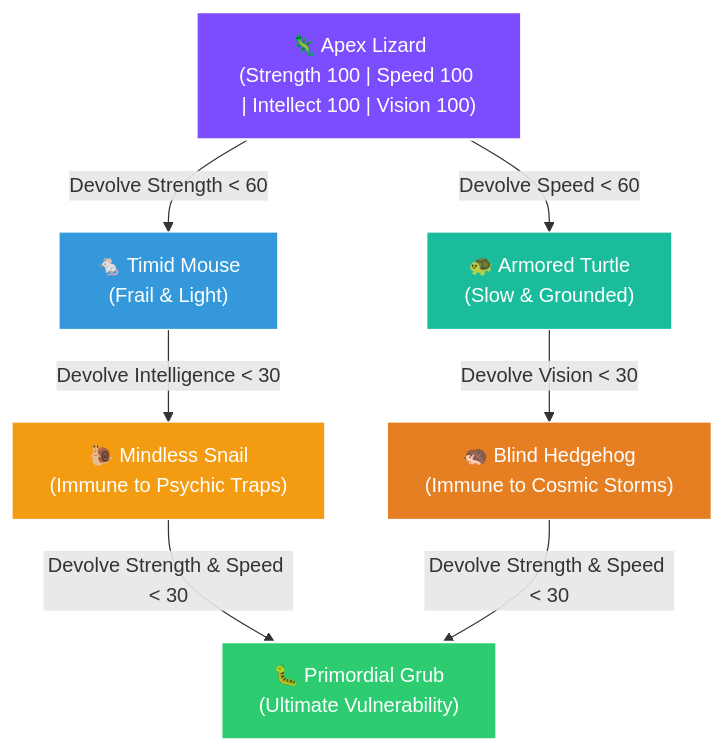
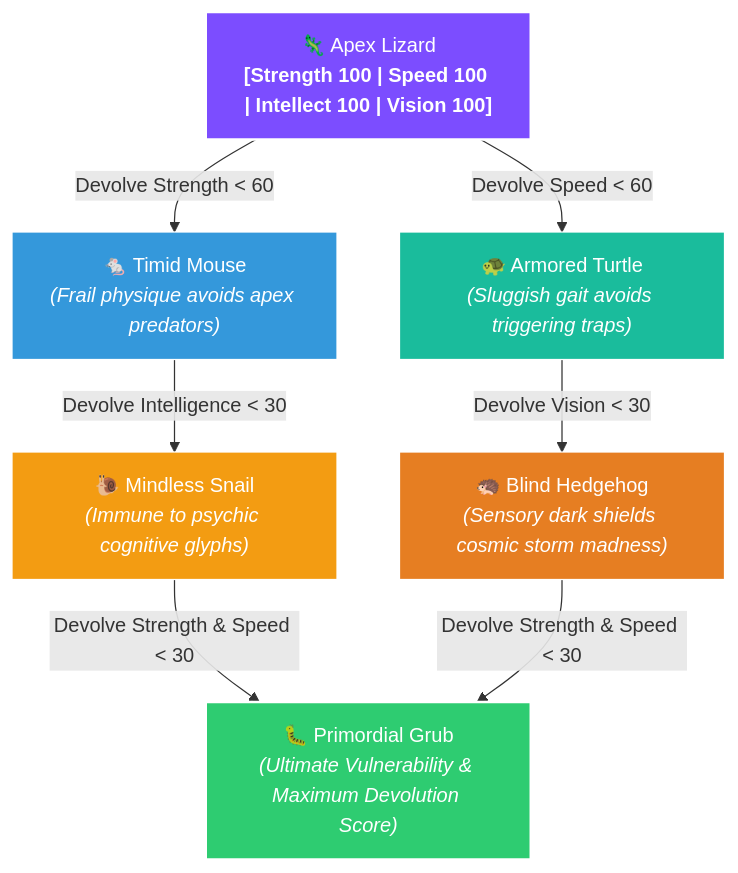
Before and after one commit to Rahul08319/Reverse-Evolution: the first of 2 diagrams in README.md, drawn with Mermaid. The commit also changed other lines of this file and 2 other files, not shown here.

Commit message:
docs: add SVG hero banner, UI mockup graphic, and enhance README layout

````diff
--- a/README.md
+++ b/README.md
@@ -89,20 +105,20 @@
 ```mermaid
 graph TD
-    A["🦎 Apex Lizard<br/>(Strength 100 | Speed 100 | Intellect 100 | Vision 100)"]
+    A["🦎 Apex Lizard<br/><b>[Strength 100 | Speed 100 | Intellect 100 | Vision 100]</b>"]
     
-    A -->|"Devolve Strength &lt; 60"| B["🐁 Timid Mouse<br/>(Frail & Light)"]
-    A -->|"Devolve Speed &lt; 60"| C["🐢 Armored Turtle<br/>(Slow & Grounded)"]
+    A -->|"Devolve Strength &lt; 60"| B["🐁 Timid Mouse<br/><i>(Frail physique avoids apex predators)</i>"]
+    A -->|"Devolve Speed &lt; 60"| C["🐢 Armored Turtle<br/><i>(Sluggish gait avoids triggering traps)</i>"]
     
-    B -->|"Devolve Intelligence &lt; 30"| D["🐌 Mindless Snail<br/>(Immune to Psychic Traps)"]
-    C -->|"Devolve Vision &lt; 30"| E["🦔 Blind Hedgehog<br/>(Immune to Cosmic Storms)"]
+    B -->|"Devolve Intelligence &lt; 30"| D["🐌 Mindless Snail<br/><i>(Immune to psychic cognitive glyphs)</i>"]
+    C -->|"Devolve Vision &lt; 30"| E["🦔 Blind Hedgehog<br/><i>(Sensory dark shields cosmic storm madness)</i>"]
     
-    D -->|"Devolve Strength & Speed &lt; 30"| F["🐛 Primordial Grub<br/>(Ultimate Vulnerability)"]
+    D -->|"Devolve Strength & Speed &lt; 30"| F["🐛 Primordial Grub<br/><i>(Ultimate Vulnerability & Maximum Devolution Score)</i>"]
     E -->|"Devolve Strength & Speed &lt; 30"| F
 
     style A fill:#7c4dff,stroke:#fff,stroke-width:2px,color:#fff
     style B fill:#3498db,stroke:#fff,stroke-width:1px,color:#fff
     style C fill:#1abc9c,stroke:#fff,stroke-width:1px,color:#fff
     style D fill:#f39c12,stroke:#fff,stroke-width:1px,color:#fff
     style E fill:#e67e22,stroke:#fff,stroke-width:1px,color:#fff
     style F fill:#2ecc71,stroke:#fff,stroke-width:2px,color:#fff
 ```
````
